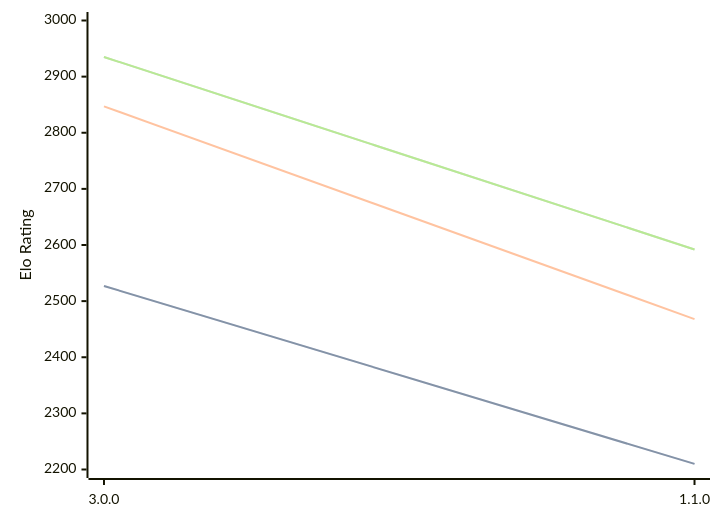
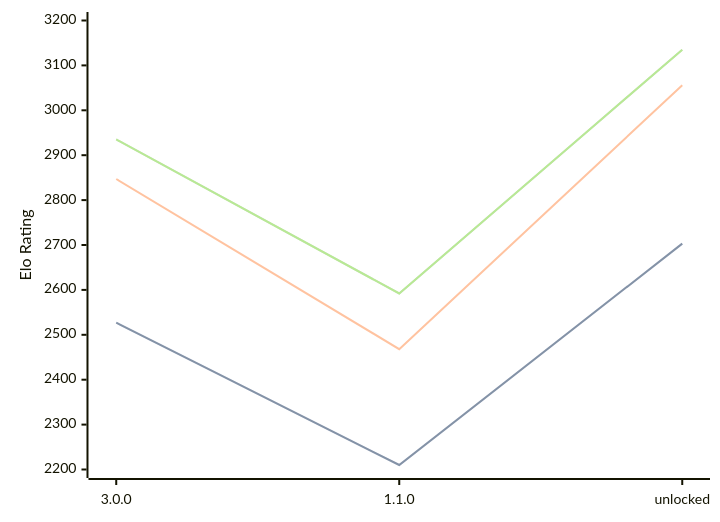
One commit to computer-chess-index/cci changed the diagram in engines/Potential.md. Above: the diagram before and after it, drawn with Mermaid. The commit also changed other lines of this file, not shown here.

Commit message:
Update CCI Ratings (ELO VLTC) - 2026-07-29

````diff
--- a/engines/Potential.md
+++ b/engines/Potential.md
@@ -35,11 +35,11 @@
 ```mermaid
 %%{init: {"theme":"base","themeVariables":{"seriesColors:['#a3a3a3','#222221','#faa371']}}}%%
 xychart-beta
-  x-axis ["3.0.0", "1.1.0"]
-  y-axis "Elo Rating" 2200 --> 3000
-  line "STC (8.0+0.08s)" [2527, 2210]
-  line "STC (8.0+0.08s)" [2527, 2210]
-  line "LTC (60.0+0.60s)" [2847, 2468]
-  line "VLTC (2m24s+1.12s)" [2935, 2592]
-  line "VLTC (2m24s+1.12s)" [2935, 2592]
+  x-axis ["3.0.0", "1.1.0", "unlocked"]
+  y-axis "Elo Rating" 2200 --> 3200
+  line "STC (8.0+0.08s)" [2527, 2210, 2703]
+  line "STC (8.0+0.08s)" [2527, 2210, 2703]
+  line "LTC (60.0+0.60s)" [2847, 2468, 3056]
+  line "VLTC (2m24s+1.12s)" [2935, 2592, 3135]
+  line "VLTC (2m24s+1.12s)" [2935, 2592, 3135]
 ```
````
